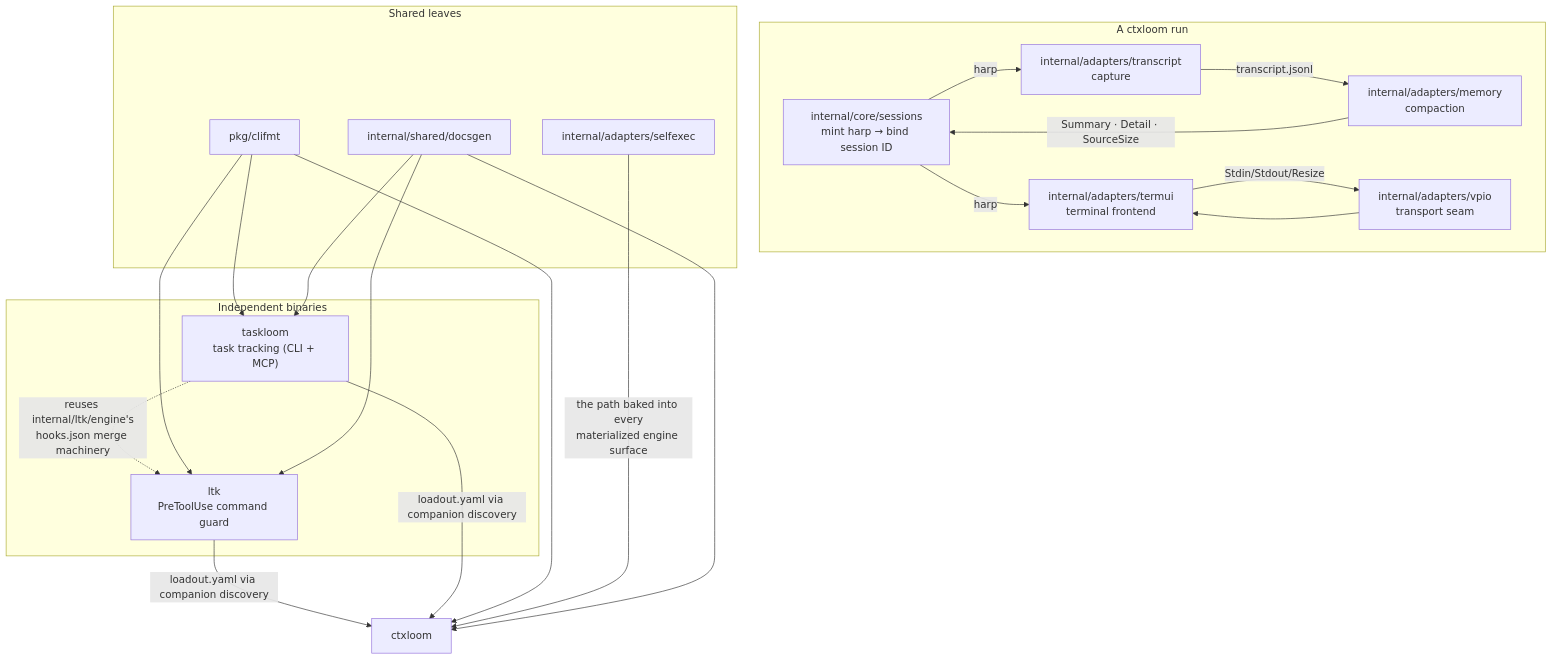
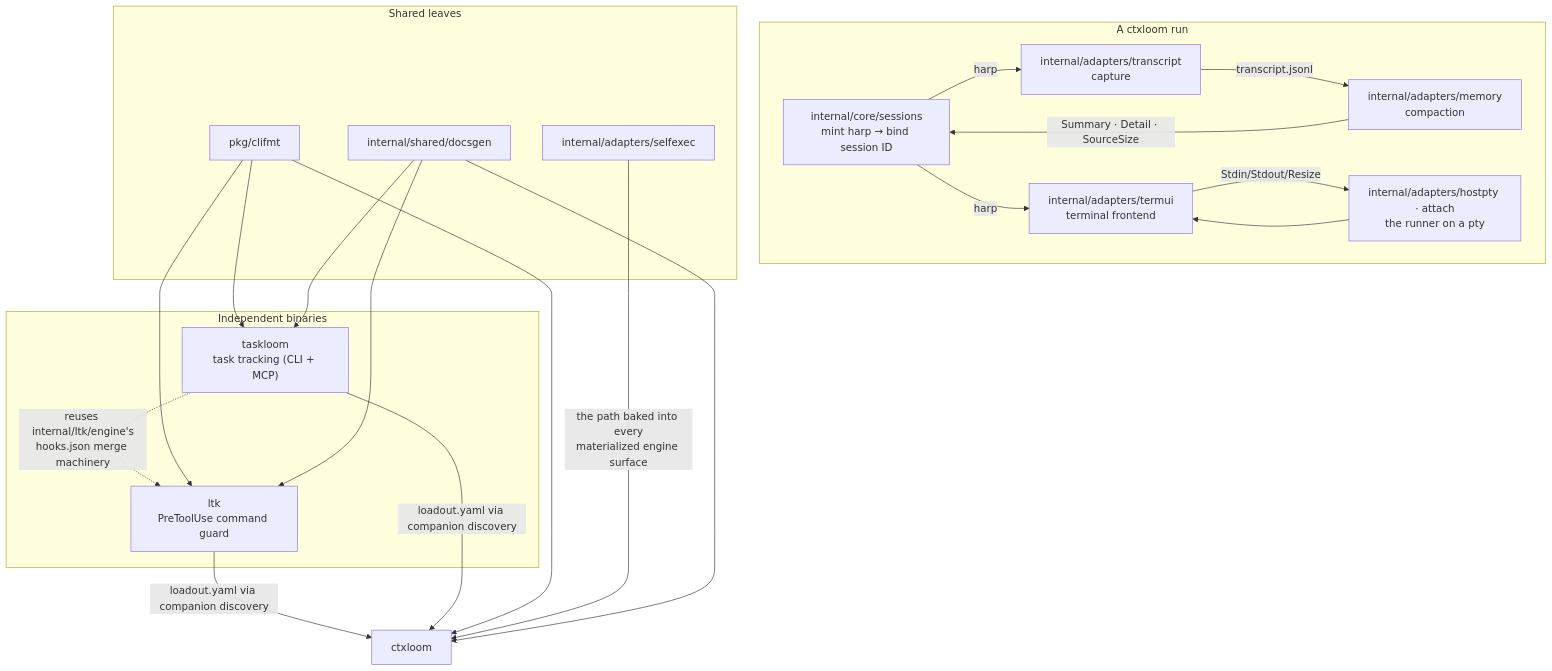
The diagram in docs/architecture/companions/README.md (ctxloom/ctxloom), drawn with Mermaid before and after one commit. The commit also changed other lines of this file and 6 other files, not shown here.

First line of the commit message:
docs(architecture): slice 13 landed — the runner is the one unit; hostpty/attach replace vpio; the go-plugin arm is gone

````diff
--- a/docs/architecture/companions/README.md
+++ b/docs/architecture/companions/README.md
@@ -29,36 +29,36 @@
 ```mermaid
 flowchart TD
     subgraph binaries["Independent binaries"]
       LTK["ltk<br/>PreToolUse command guard"]
       TL["taskloom<br/>task tracking (CLI + MCP)"]
     end
 
     subgraph run["A ctxloom run"]
       SESS["internal/core/sessions<br/>mint harp → bind session ID"]
       TERM["internal/adapters/termui<br/>terminal frontend"]
-      VP["internal/adapters/vpio<br/>transport seam"]
+      VP["internal/adapters/hostpty · attach<br/>the runner on a pty"]
       TR["internal/adapters/transcript<br/>capture"]
       MEM["internal/adapters/memory<br/>compaction"]
     end
 
     subgraph leaves["Shared leaves"]
       CF["pkg/clifmt"]
       SE["internal/adapters/selfexec"]
       DG["internal/shared/docsgen"]
     end
 
     SESS -->|"harp"| TR
     SESS -->|"harp"| TERM
     TR -->|"transcript.jsonl"| MEM
     MEM -->|"Summary · Detail · SourceSize"| SESS
     VP --> TERM
     TERM -->|"Stdin/Stdout/Resize"| VP
 
     LTK -->|"loadout.yaml via companion discovery"| CTX["ctxloom"]
     TL -->|"loadout.yaml via companion discovery"| CTX
     TL -.->|"reuses internal/ltk/engine's<br/>hooks.json merge machinery"| LTK
 
     CF --> LTK & TL & CTX
     SE -->|"the path baked into every<br/>materialized engine surface"| CTX
     DG --> LTK & TL & CTX
 ```
````
